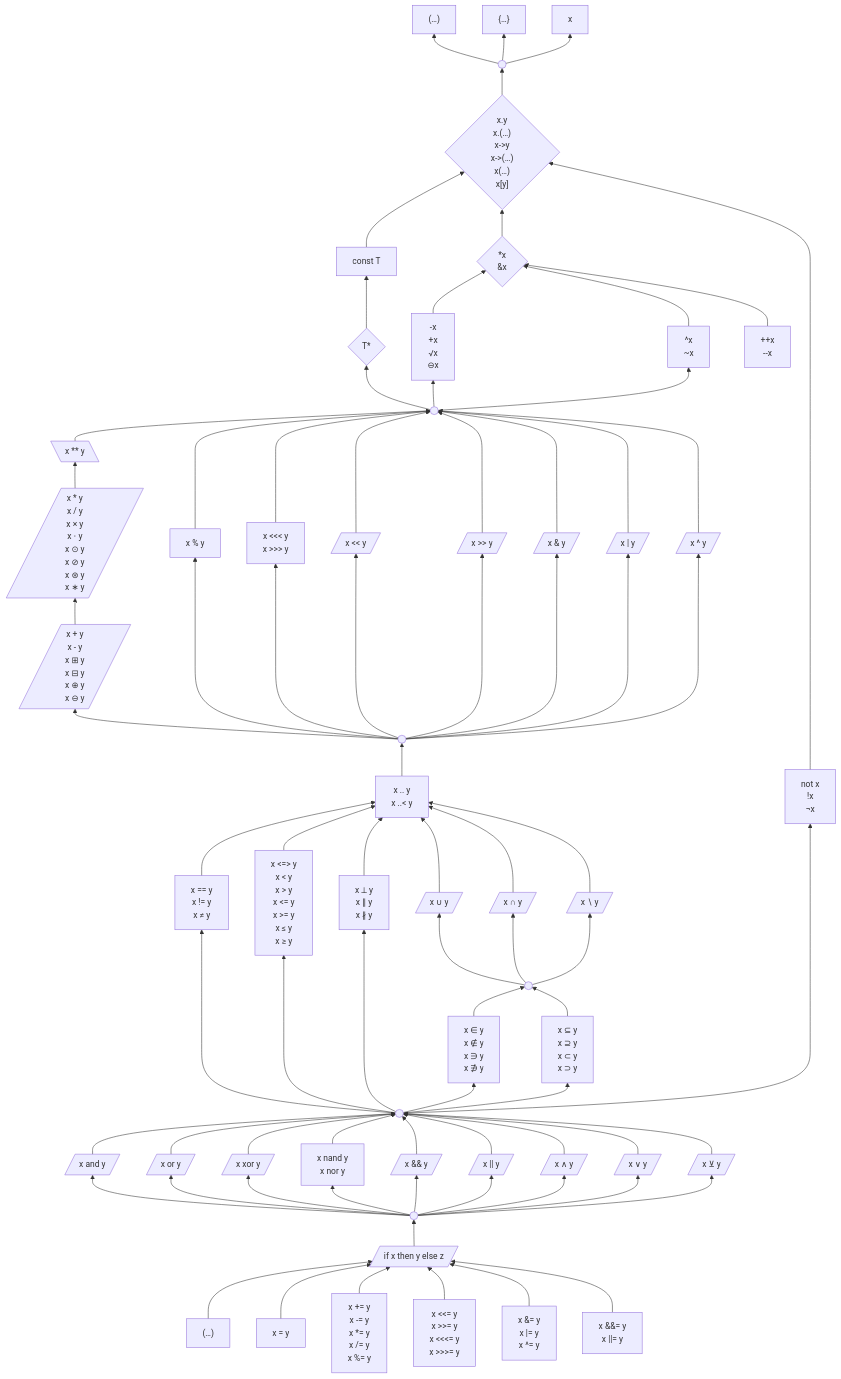
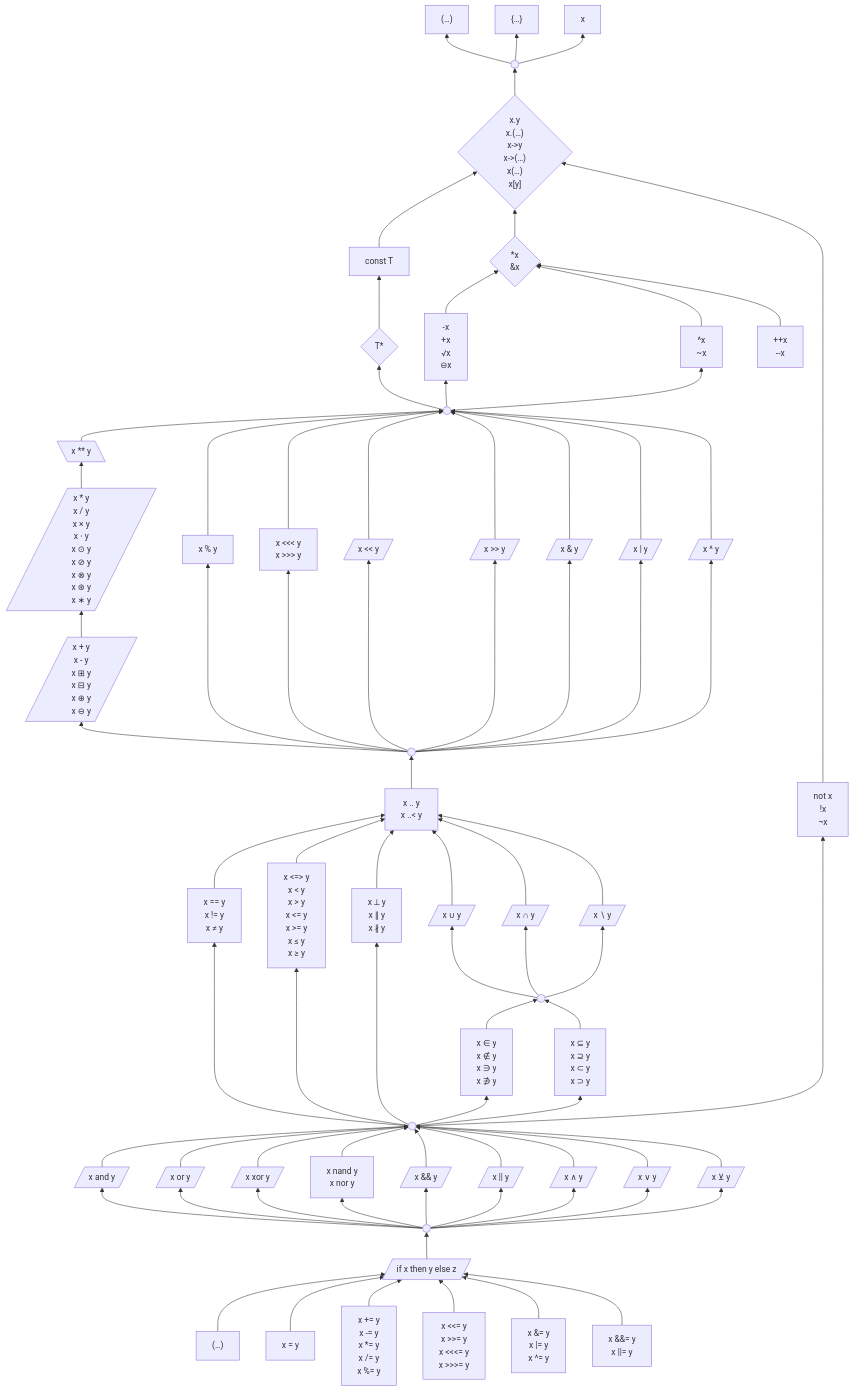
Before and after one commit to laro/Cilia: the first of 2 diagrams in 6 .../2 Unfinished Ideas.md, drawn with Mermaid. The commit also changed other lines of this file, not shown here.

```diff
--- a/6 .../2 Unfinished Ideas.md
+++ b/6 .../2 Unfinished Ideas.md
@@ -233,6 +235,7 @@
                     x ⋅ y
                     x ⊙ y
                     x ⊘ y
+                    x ⊗ y
                     x ⊛ y
                     x ∗ y"/]
     addition --> multiplication
```
